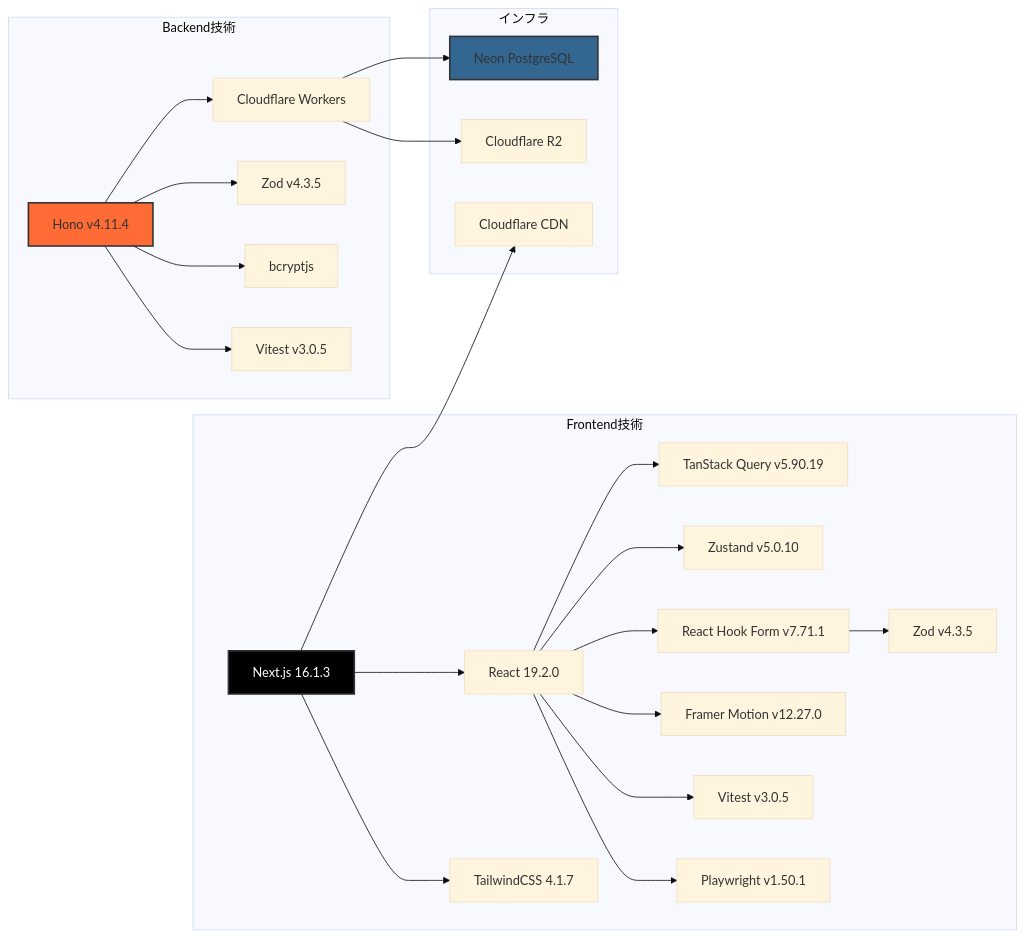
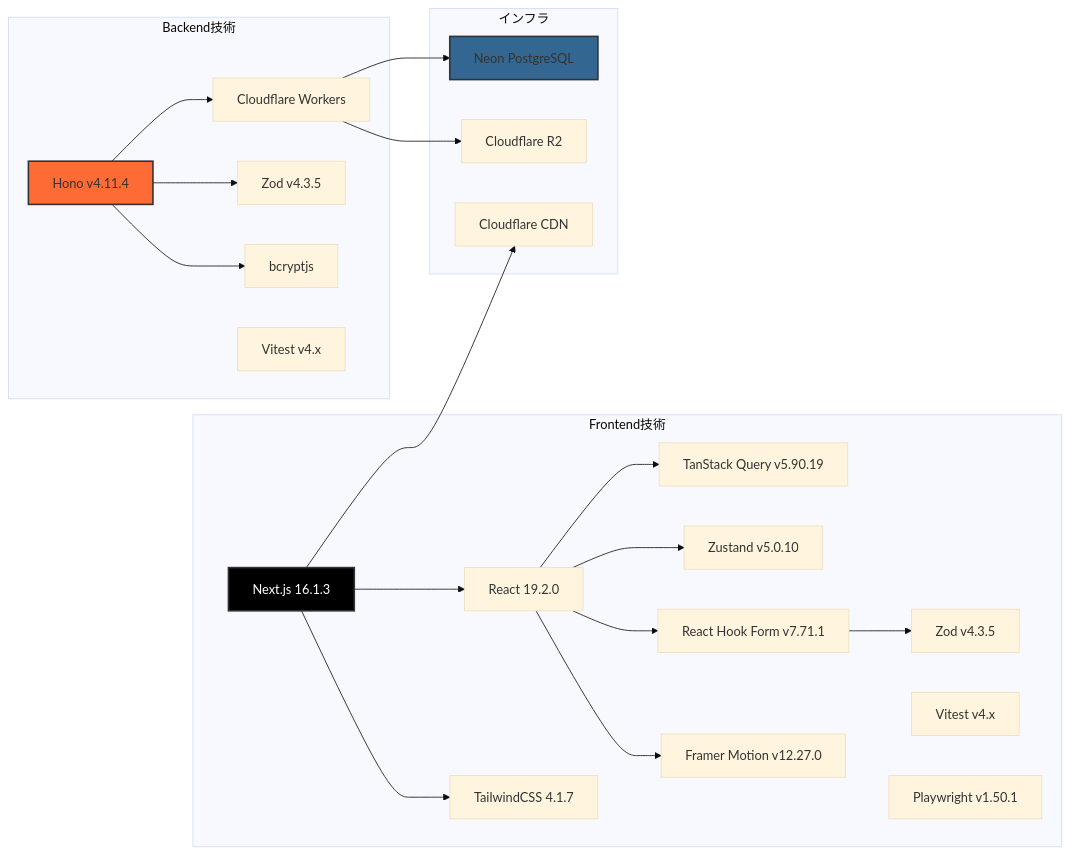
The fourth of 4 diagrams in README.md (ProjectEuropa/Europa), drawn with Mermaid (base theme) before and after one commit. The commit also changed other lines of this file and 1 other file, not shown here.

Commit message:
docs: プロジェクト概要とREADMEにOAuth 2.0の使用を明記し、READMEの開始手順を詳細化

````diff
--- a/README.md
+++ b/README.md
@@ -161,52 +163,49 @@
 ```mermaid
 graph LR
     subgraph "Frontend技術"
         NextJS[Next.js 16.1.3]
         React[React 19.2.0]
         TailwindCSS[TailwindCSS 4.1.7]
         TanStack[TanStack Query v5.90.19]
         Zustand[Zustand v5.0.10]
         RHF[React Hook Form v7.71.1]
         ZodFE[Zod v4.3.5]
         Framer[Framer Motion v12.27.0]
-        VitestFE[Vitest v3.0.5]
+        VitestFE[Vitest v4.x]
         PlaywrightFE[Playwright v1.50.1]
     end
 
     subgraph "Backend技術"
         Hono[Hono v4.11.4]
         Workers[Cloudflare Workers]
         Zod[Zod v4.3.5]
         Bcrypt[bcryptjs]
-        VitestBE[Vitest v3.0.5]
+        VitestBE[Vitest v4.x]
     end
 
     subgraph "インフラ"
         Neon[Neon PostgreSQL]
         R2[Cloudflare R2]
         CF[Cloudflare CDN]
     end
 
     NextJS --> React
     NextJS --> TailwindCSS
     React --> TanStack
     React --> Zustand
     React --> RHF
-    React --> VitestFE
-    React --> PlaywrightFE
     RHF --> ZodFE
     React --> Framer
 
     Hono --> Workers
     Hono --> Zod
     Hono --> Bcrypt
-    Hono --> VitestBE
 
     Workers --> Neon
     Workers --> R2
     NextJS --> CF
 
     style NextJS fill:#000,color:#fff,stroke:#333,stroke-width:2px
     style Hono fill:#ff6b35,stroke:#333,stroke-width:2px
     style Neon fill:#336791,stroke:#333,stroke-width:2px
 ```
````
